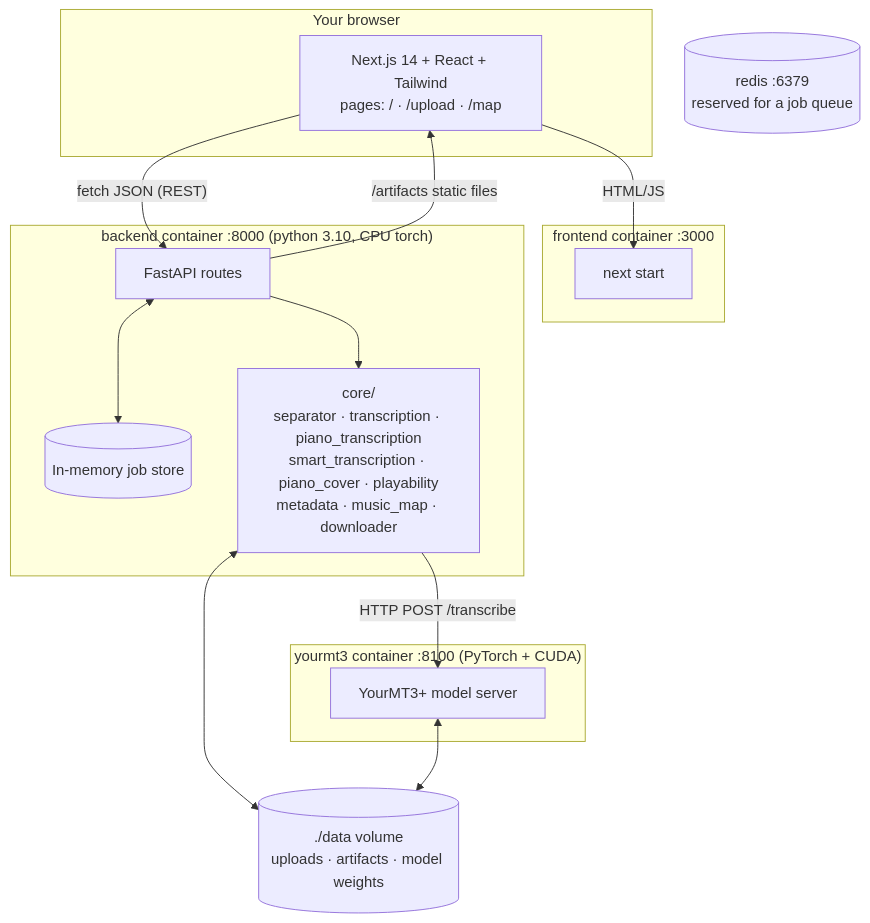
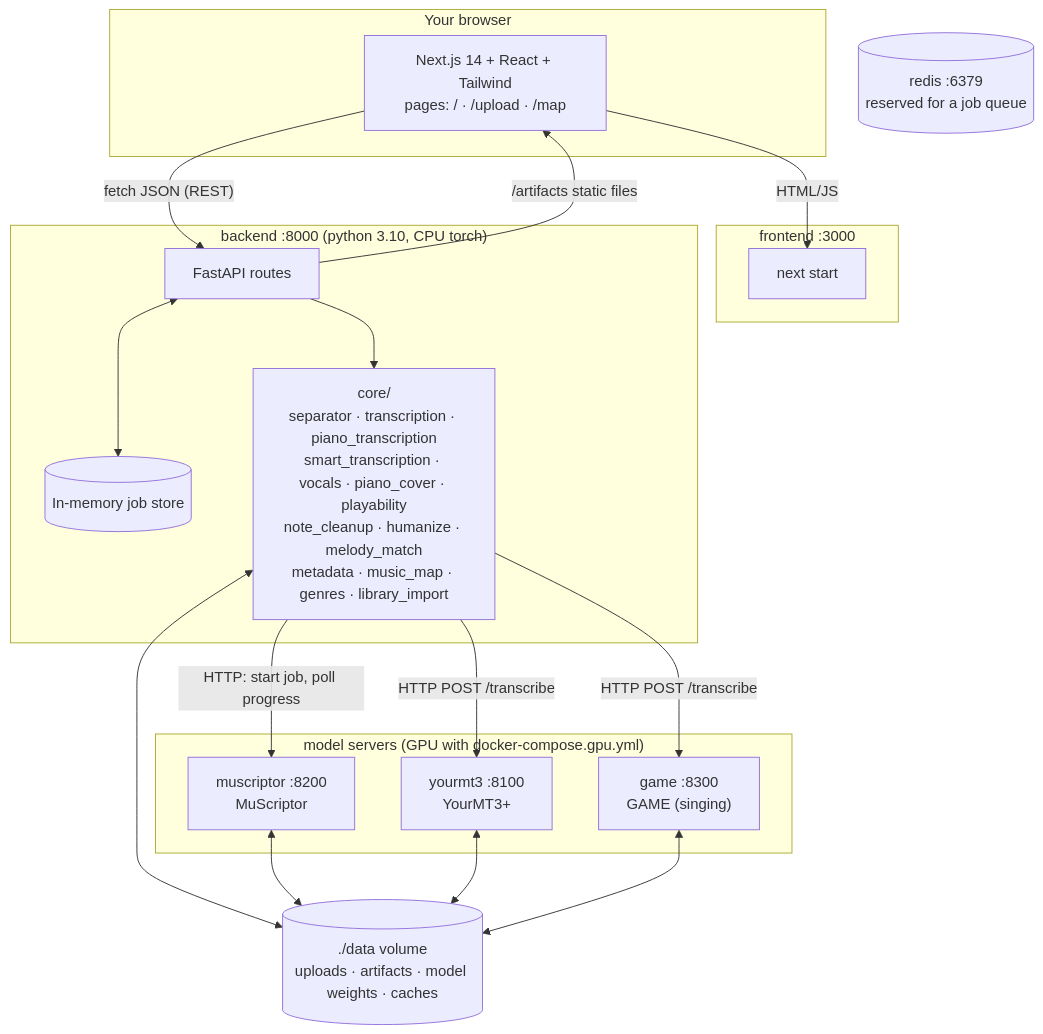
Before and after one commit to agangdut/supermusic: the second of 9 diagrams in docs/how-it-works.md, drawn with Mermaid. The commit also changed other lines of this file and 15 other files, not shown here.

````diff
--- a/docs/how-it-works.md
+++ b/docs/how-it-works.md
@@ -99,32 +122,36 @@
 ```mermaid
 flowchart TB
     subgraph browser["Your browser"]
         UI["Next.js 14 + React + Tailwind<br/>pages: / · /upload · /map"]
     end
 
-    subgraph fe["frontend container :3000"]
+    subgraph fe["frontend :3000"]
         NEXT[next start]
     end
 
-    subgraph be["backend container :8000 (python 3.10, CPU torch)"]
+    subgraph be["backend :8000 (python 3.10, CPU torch)"]
         API[FastAPI routes]
         JOBS[(In-memory job store)]
-        CORE["core/<br/>separator · transcription · piano_transcription<br/>smart_transcription · piano_cover · playability<br/>metadata · music_map · downloader"]
+        CORE["core/<br/>separator · transcription · piano_transcription<br/>smart_transcription · vocals · piano_cover · playability<br/>note_cleanup · humanize · melody_match<br/>metadata · music_map · genres · library_import"]
     end
 
-    subgraph ymt["yourmt3 container :8100 (PyTorch + CUDA)"]
-        Y3[YourMT3+ model server]
+    subgraph gpu["model servers (GPU with docker-compose.gpu.yml)"]
+        MS["muscriptor :8200<br/>MuScriptor"]
+        Y3["yourmt3 :8100<br/>YourMT3+"]
+        GM["game :8300<br/>GAME (singing)"]
     end
 
     R[(redis :6379<br/>reserved for a job queue)]
-    DATA[("./data volume<br/>uploads · artifacts · model weights")]
+    DATA[("./data volume<br/>uploads · artifacts · model weights · caches")]
 
     UI -->|HTML/JS| NEXT
     UI -->|"fetch JSON (REST)"| API
     API <--> JOBS
     API --> CORE
+    CORE -->|"HTTP: start job, poll progress"| MS
     CORE -->|HTTP POST /transcribe| Y3
+    CORE -->|HTTP POST /transcribe| GM
     CORE <--> DATA
-    Y3 <--> DATA
+    MS & Y3 & GM <--> DATA
     API -->|/artifacts static files| UI
 ```
````
